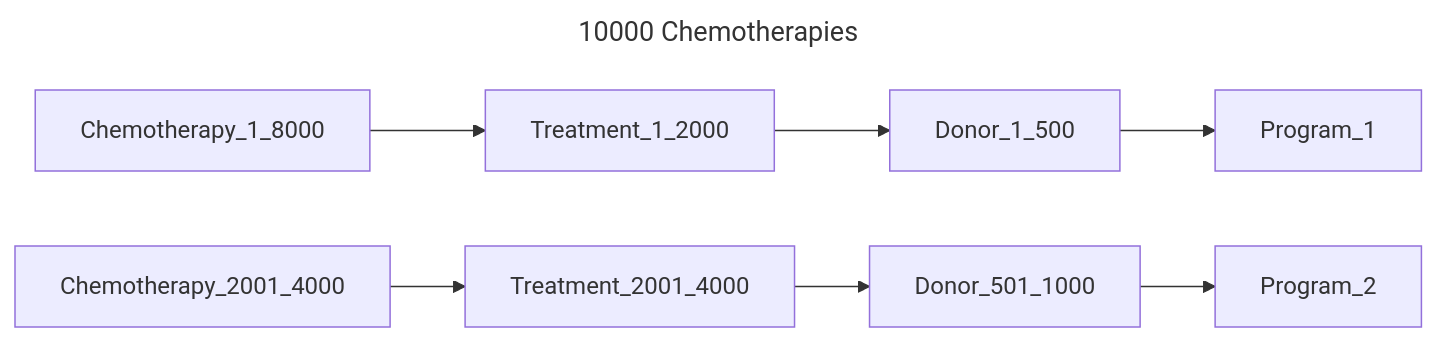
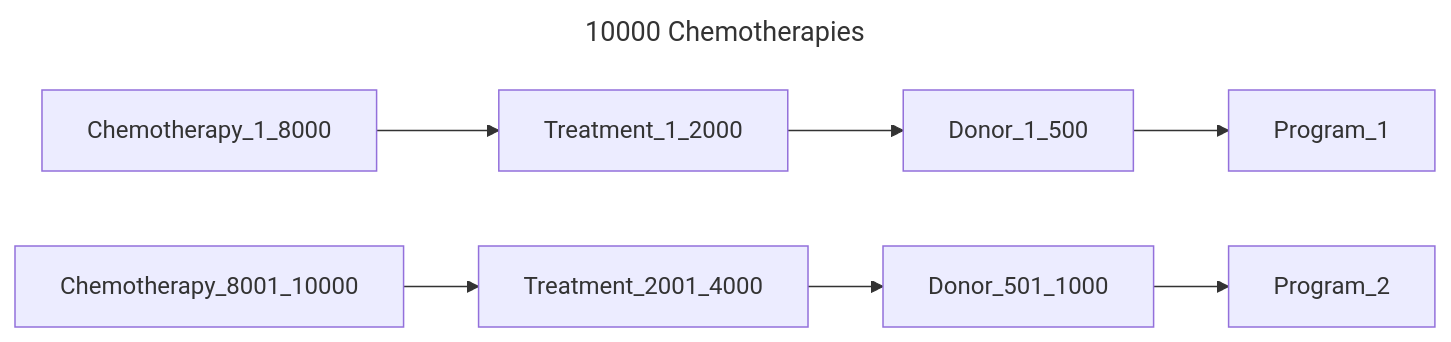
Before and after one commit to bento-platform/katsu: the sixth of 14 diagrams in chord_metadata_service/mohpackets/data/large_dataset/README.md, drawn with Mermaid. The commit also changed other lines of this file, not shown here.

````diff
--- a/chord_metadata_service/mohpackets/data/large_dataset/README.md
+++ b/chord_metadata_service/mohpackets/data/large_dataset/README.md
@@ -103,8 +103,8 @@
 ```mermaid
 ---
 title: 10000 Chemotherapies
 ---
 graph LR;  
   Chemotherapy_1_8000 --> Treatment_1_2000 --> Donor_1_500 --> Program_1;
-  Chemotherapy_2001_4000 --> Treatment_2001_4000 --> Donor_501_1000 --> Program_2;
+  Chemotherapy_8001_10000 --> Treatment_2001_4000 --> Donor_501_1000 --> Program_2;
 ```
````
